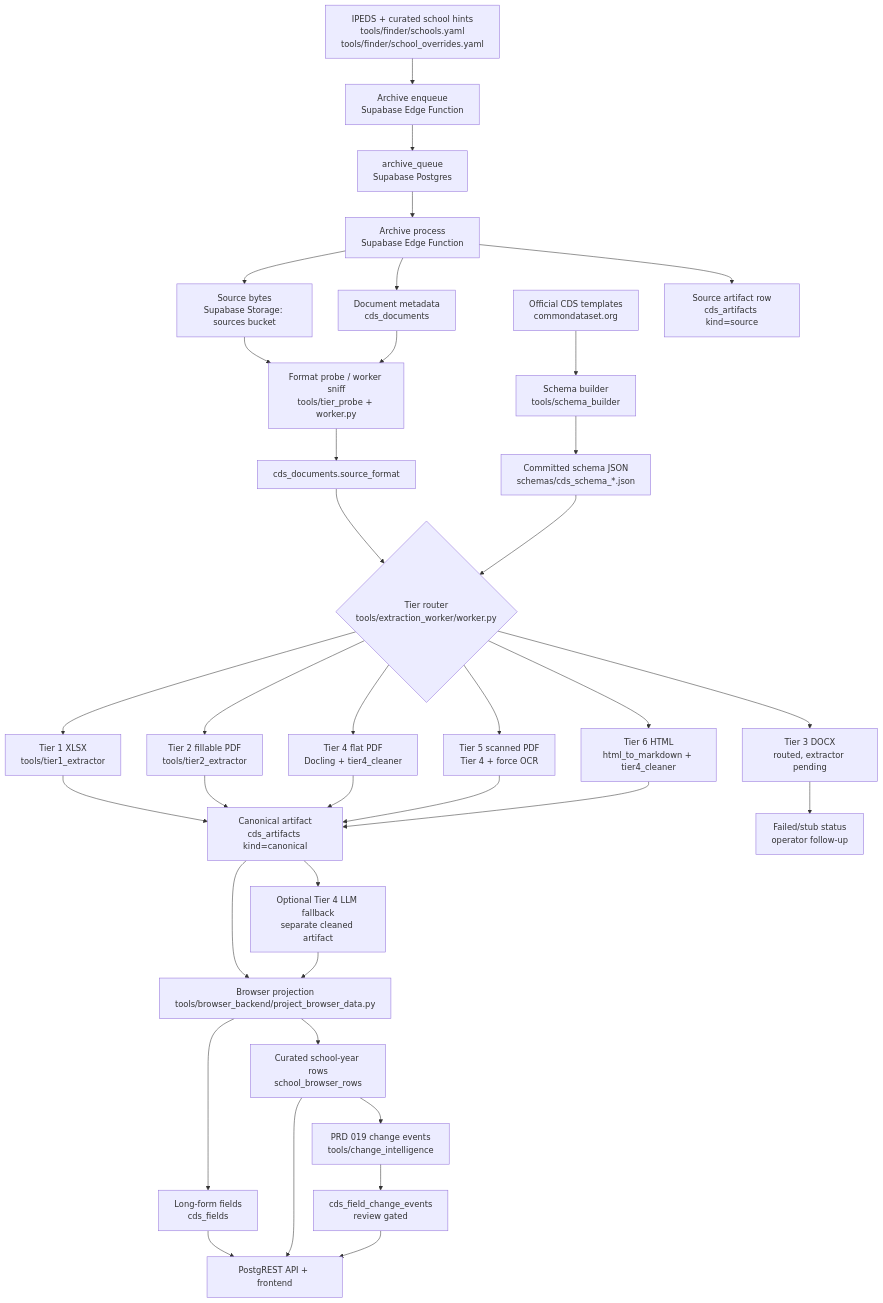
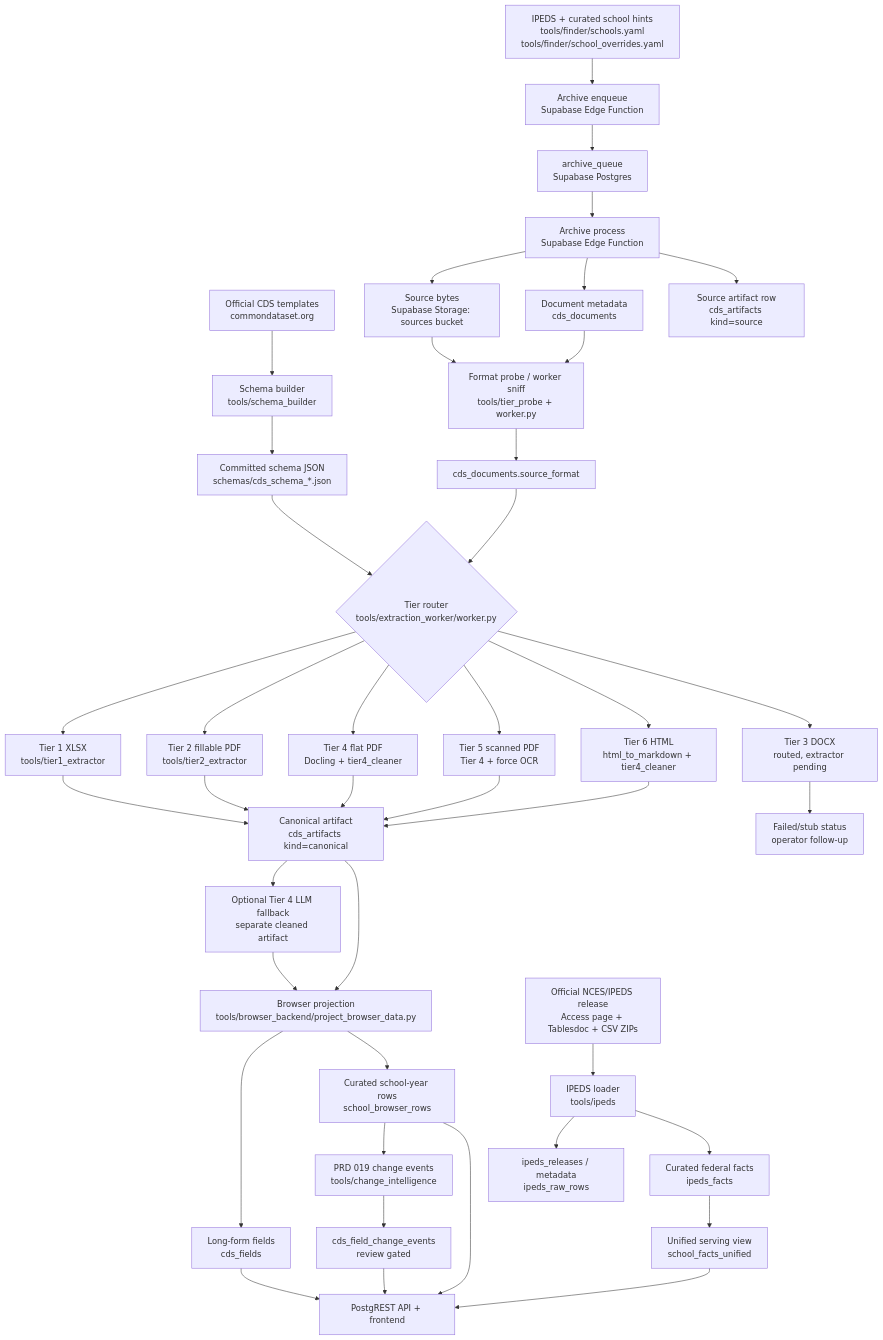
Before and after one commit to bolewood/collegedata-fyi: the diagram in docs/data-extraction-pipeline.md, drawn with Mermaid. The commit also changed other lines of this file and 14 other files, not shown here.

````diff
--- a/docs/data-extraction-pipeline.md
+++ b/docs/data-extraction-pipeline.md
@@ -14,45 +15,51 @@
 ```mermaid
 flowchart TD
     A[Official CDS templates<br/>commondataset.org] --> B[Schema builder<br/>tools/schema_builder]
     B --> C[Committed schema JSON<br/>schemas/cds_schema_*.json]
 
     D[IPEDS + curated school hints<br/>tools/finder/schools.yaml<br/>tools/finder/school_overrides.yaml] --> E[Archive enqueue<br/>Supabase Edge Function]
     E --> F[archive_queue<br/>Supabase Postgres]
     F --> G[Archive process<br/>Supabase Edge Function]
     G --> H[Source bytes<br/>Supabase Storage: sources bucket]
     G --> I[Document metadata<br/>cds_documents]
     G --> J[Source artifact row<br/>cds_artifacts kind=source]
 
     H --> K[Format probe / worker sniff<br/>tools/tier_probe + worker.py]
     I --> K
     K --> L[cds_documents.source_format]
 
     L --> M{Tier router<br/>tools/extraction_worker/worker.py}
     C --> M
     M --> N[Tier 1 XLSX<br/>tools/tier1_extractor]
     M --> O[Tier 2 fillable PDF<br/>tools/tier2_extractor]
     M --> P[Tier 4 flat PDF<br/>Docling + tier4_cleaner]
     M --> Q[Tier 5 scanned PDF<br/>Tier 4 + force OCR]
     M --> R[Tier 6 HTML<br/>html_to_markdown + tier4_cleaner]
     M --> S[Tier 3 DOCX<br/>routed, extractor pending]
 
     N --> T[Canonical artifact<br/>cds_artifacts kind=canonical]
     O --> T
     P --> T
     Q --> T
     R --> T
     S --> U[Failed/stub status<br/>operator follow-up]
 
     T --> V[Optional Tier 4 LLM fallback<br/>separate cleaned artifact]
     T --> W[Browser projection<br/>tools/browser_backend/project_browser_data.py]
     V --> W
     W --> X[Long-form fields<br/>cds_fields]
     W --> Y[Curated school-year rows<br/>school_browser_rows]
 
     Y --> Z[PRD 019 change events<br/>tools/change_intelligence]
     Z --> AA[cds_field_change_events<br/>review gated]
 
     X --> AB[PostgREST API + frontend]
     Y --> AB
     AA --> AB
+
+    AC[Official NCES/IPEDS release<br/>Access page + Tablesdoc + CSV ZIPs] --> AD[IPEDS loader<br/>tools/ipeds]
+    AD --> AE[ipeds_releases / metadata<br/>ipeds_raw_rows]
+    AD --> AF[Curated federal facts<br/>ipeds_facts]
+    AF --> AG[Unified serving view<br/>school_facts_unified]
+    AG --> AB
 ```
````
